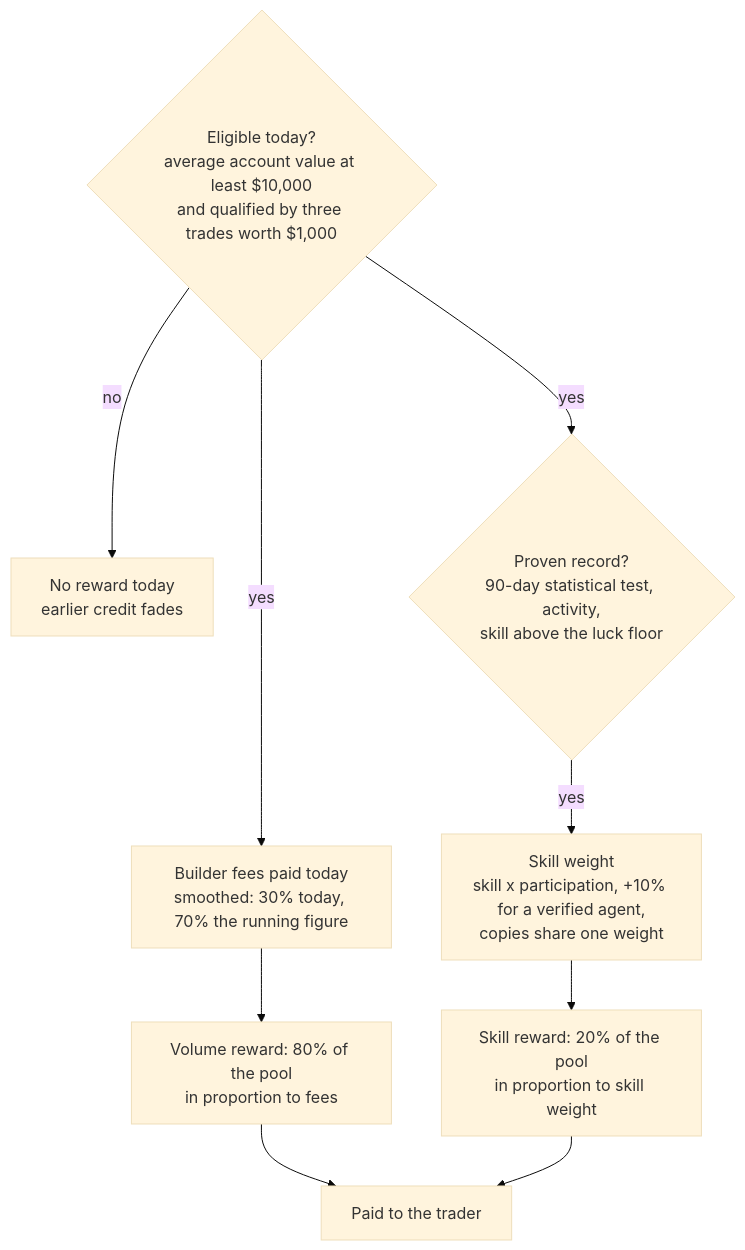
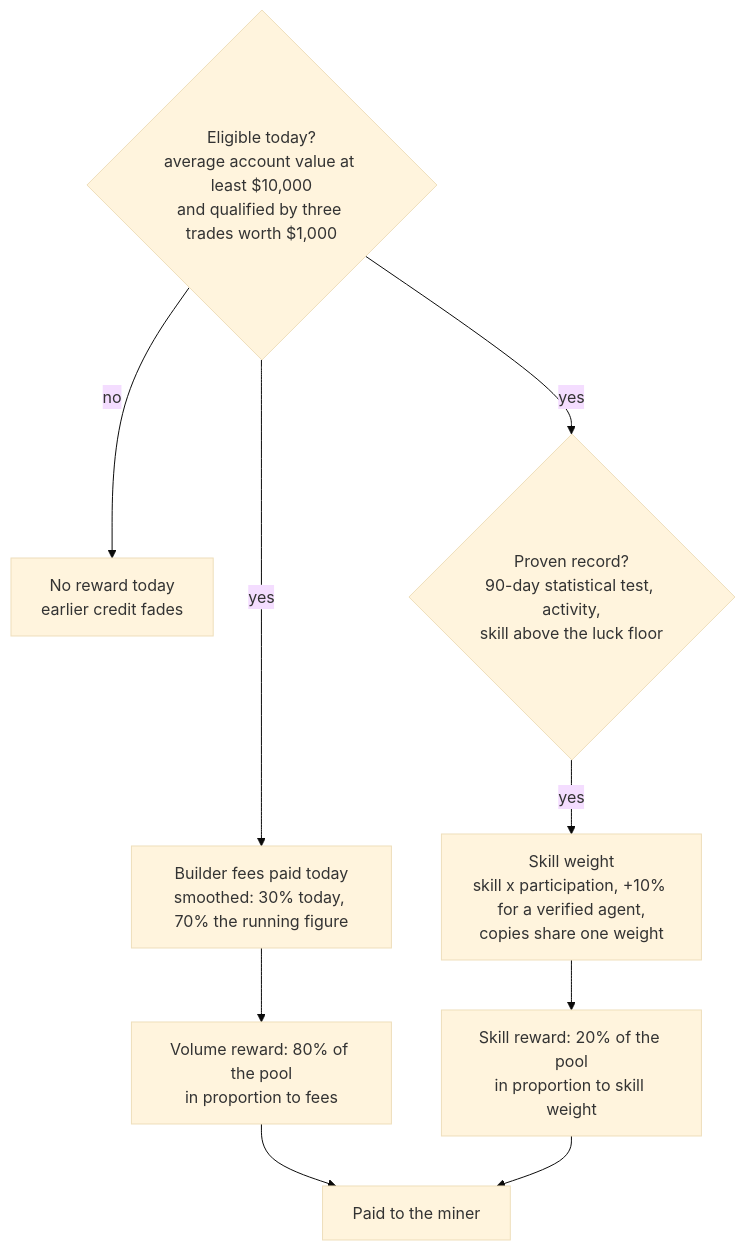
Before and after one commit to kokoahdotcom/kokoah-subnet: the third of 3 diagrams in docs/whitepaper.md, drawn with Mermaid (base theme). The commit also changed other lines of this file and 4 other files, not shown here.

````diff
--- a/docs/whitepaper.md
+++ b/docs/whitepaper.md
@@ -93,11 +127,11 @@
 ```mermaid
 flowchart TD
   E{Eligible today?<br/>average account value at least $10,000<br/>and qualified by three trades worth $1,000} -->|no| Z[No reward today<br/>earlier credit fades]
   E -->|yes| F[Builder fees paid today<br/>smoothed: 30% today, 70% the running figure]
   F --> VP[Volume reward: 80% of the pool<br/>in proportion to fees]
   E -->|yes| S{Proven record?<br/>90-day statistical test, activity,<br/>skill above the luck floor}
   S -->|yes| W[Skill weight<br/>skill x participation, +10% for a verified agent,<br/>copies share one weight]
   W --> SP[Skill reward: 20% of the pool<br/>in proportion to skill weight]
-  VP --> PAY[Paid to the trader]
+  VP --> PAY[Paid to the miner]
   SP --> PAY
 ```
````
